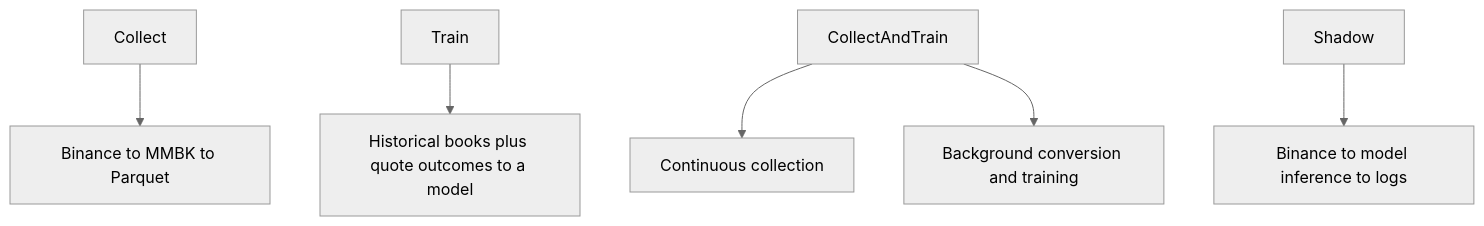
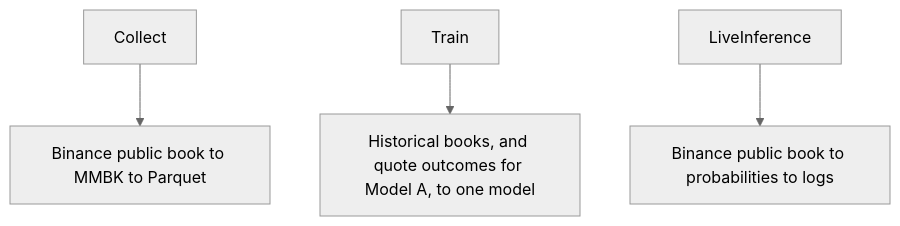
The fourth of 5 diagrams in README.md (Kolzodev712/mm-model), drawn with Mermaid (neutral theme) before and after one commit. The commit also changed other lines of this file and 46 other files, not shown here.

````diff
--- a/README.md
+++ b/README.md
@@ -143,8 +153,6 @@
 ```mermaid
 flowchart TD
-  Collect[Collect] --> C1[Binance to MMBK to Parquet]
-  Train[Train] --> T1[Historical books plus quote outcomes to a model]
-  Both[CollectAndTrain] --> B1[Continuous collection]
-  Both --> B2[Background conversion and training]
-  Shadow[Shadow] --> S1[Binance to model inference to logs]
+  Collect[Collect] --> C1[Binance public book to MMBK to Parquet]
+  Train[Train] --> T1[Historical books, and quote outcomes for Model A, to one model]
+  Live[LiveInference] --> L1[Binance public book to probabilities to logs]
 ```
````
